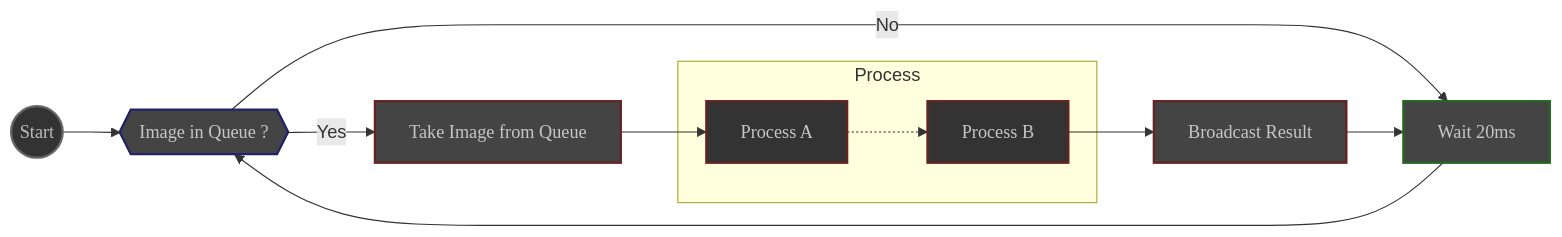
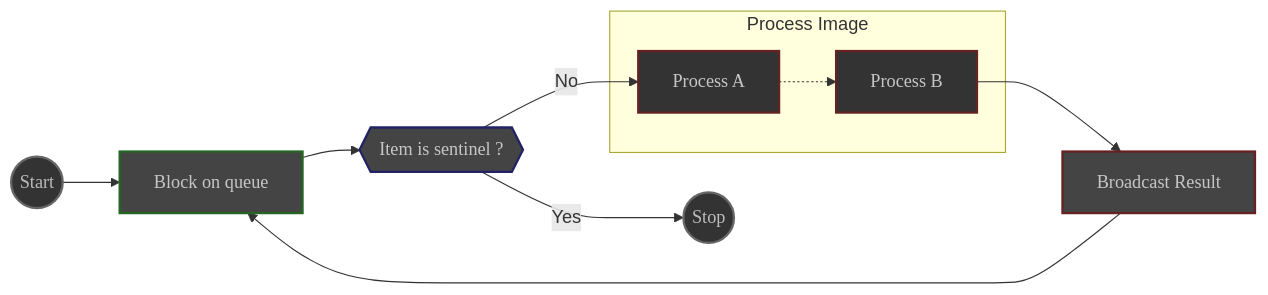
Before and after one commit to deufrai/als: the second of 4 diagrams in website/content/en/docs/v1.0/reference/modules/_index.md, drawn with Mermaid. The commit also changed other lines of this file and 3 other files, not shown here.

````diff
--- a/website/content/en/docs/v1.0/reference/modules/_index.md
+++ b/website/content/en/docs/v1.0/reference/modules/_index.md
@@ -99,35 +98,35 @@
 ```mermaid
 flowchart LR
     START((Start))
-    TEST{{Image in Queue ?}}
-    TAKE[Take Image from Queue]
-    subgraph Process
+    WAIT[Block on queue]
+    TEST{{Item is sentinel ?}}
+    subgraph Process Image
         A[Process A]
         B[Process B]
     end
     BROADCAST[Broadcast Result]
-    WAIT[Wait 20ms]
+    STOP((Stop))
     
-    START --> TEST
-    TEST -- Yes --> TAKE
-    TEST -- No --> WAIT
-    TAKE --> A
+    START --> WAIT
+    WAIT --> TEST
+    TEST -- No --> A
     A -.-> B
     B --> BROADCAST
     BROADCAST --> WAIT
-    WAIT --> TEST
+    TEST -- Yes --> STOP
     
     classDef bounds fill: #333, stroke: #666, stroke-width: 2px, color: #BBB, font-family: 'Poppins', sans-serif
     classDef step fill: #444, stroke: #622, stroke-width:2px, color: #c6c6c6, font-family: 'Poppins',sans-serif
     classDef process fill: #333, stroke: #622, stroke-width: 2px, color: #c6c6c6, font-family: 'Poppins', sans-serif
     classDef wait  fill: #444, stroke: #262,stroke-width: 2px, color: #c6c6c6, font-family:'Poppins', sans-serif
     classDef test fill: #444, stroke: #226, stroke-width: 2px, color: #c6c6c6, font-family: 'Poppins', sans-serif
 
     class START bounds
+    class WAIT wait
     class TEST test
     class TAKE step
     class A process
     class B process
     class BROADCAST step
-    class WAIT wait
+    class STOP bounds
 ```
````
